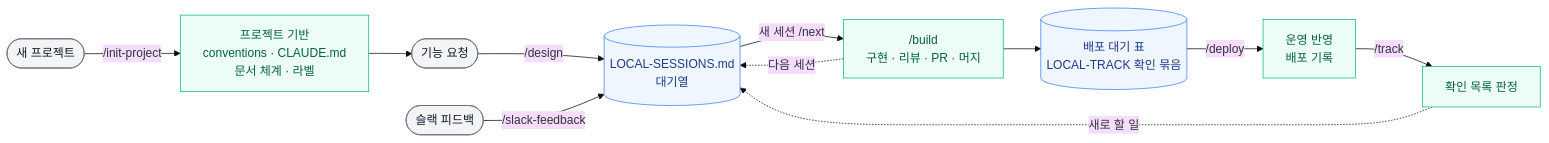
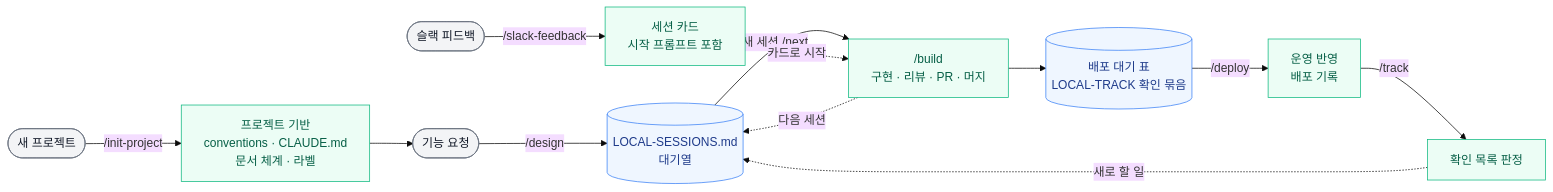
One commit to hyewon3938/build-with-ai changed the first of 6 diagrams in workflow/skills-overview.md. Above: the diagram before and after it, drawn with Mermaid (base theme). The commit also changed other lines of this file and 4 other files, not shown here.

First line of the commit message:
docs: /slack-feedback이 대기열 대신 세션 카드로 보고하도록 변경

````diff
--- a/workflow/skills-overview.md
+++ b/workflow/skills-overview.md
@@ -25,21 +25,22 @@
 ```mermaid
 graph LR
     NP(["새 프로젝트"]) -->|/init-project| IP["프로젝트 기반<br/>conventions · CLAUDE.md<br/>문서 체계 · 라벨"]
     IP --> RQ(["기능 요청"])
     RQ -->|/design| QU[("LOCAL-SESSIONS.md<br/>대기열")]
     QU -->|새 세션 /next| BD["/build<br/>구현 · 리뷰 · PR · 머지"]
     BD --> DW[("배포 대기 표<br/>LOCAL-TRACK 확인 묶음")]
     BD -.다음 세션.-> QU
     DW -->|/deploy| DP["운영 반영<br/>배포 기록"]
     DP -->|/track| TR["확인 목록 판정"]
     TR -.새로 할 일.-> QU
-    FB(["슬랙 피드백"]) -->|/slack-feedback| QU
+    FB(["슬랙 피드백"]) -->|/slack-feedback| FR["세션 카드<br/>시작 프롬프트 포함"]
+    FR -.카드로 시작.-> BD
 
     classDef io fill:#f3f4f6,stroke:#6b7280,color:#111827
     classDef skill fill:#ecfdf5,stroke:#10b981,color:#065f46
     classDef local fill:#eff6ff,stroke:#3b82f6,color:#1e3a8a
 
     class NP,RQ,FB io
-    class IP,BD,DP,TR skill
+    class IP,BD,DP,TR,FR skill
     class QU,DW local
 ```
````
